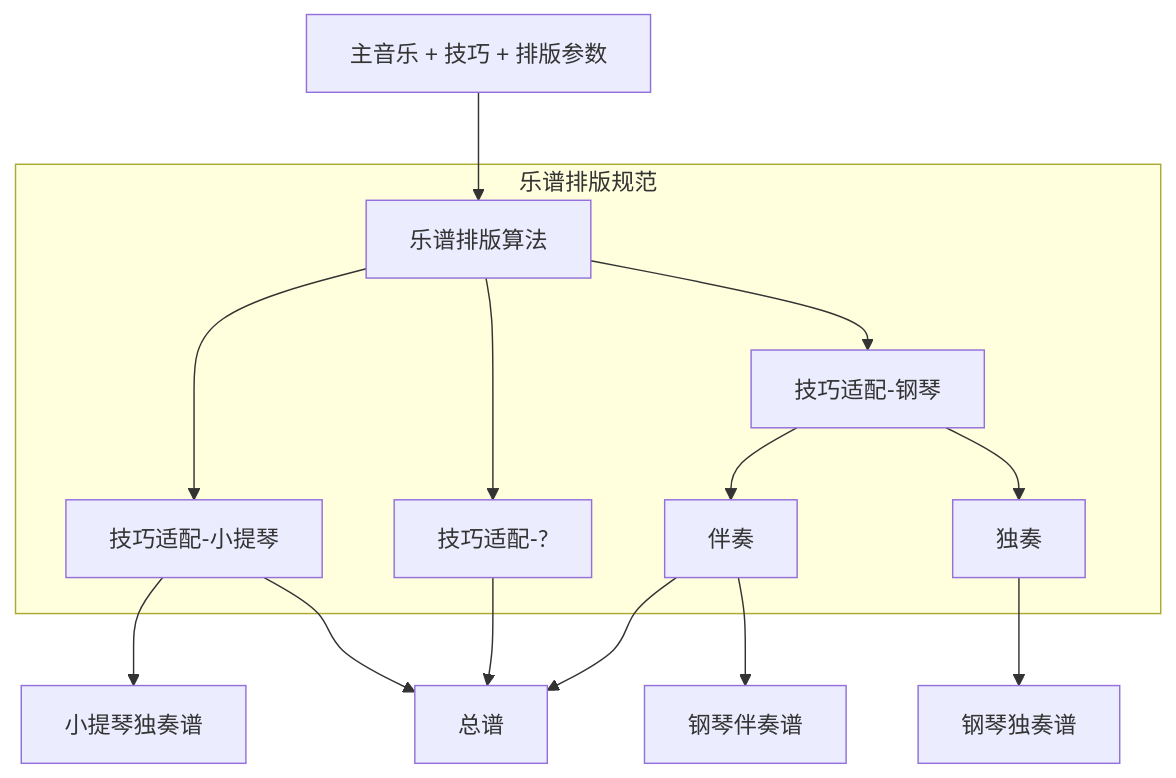
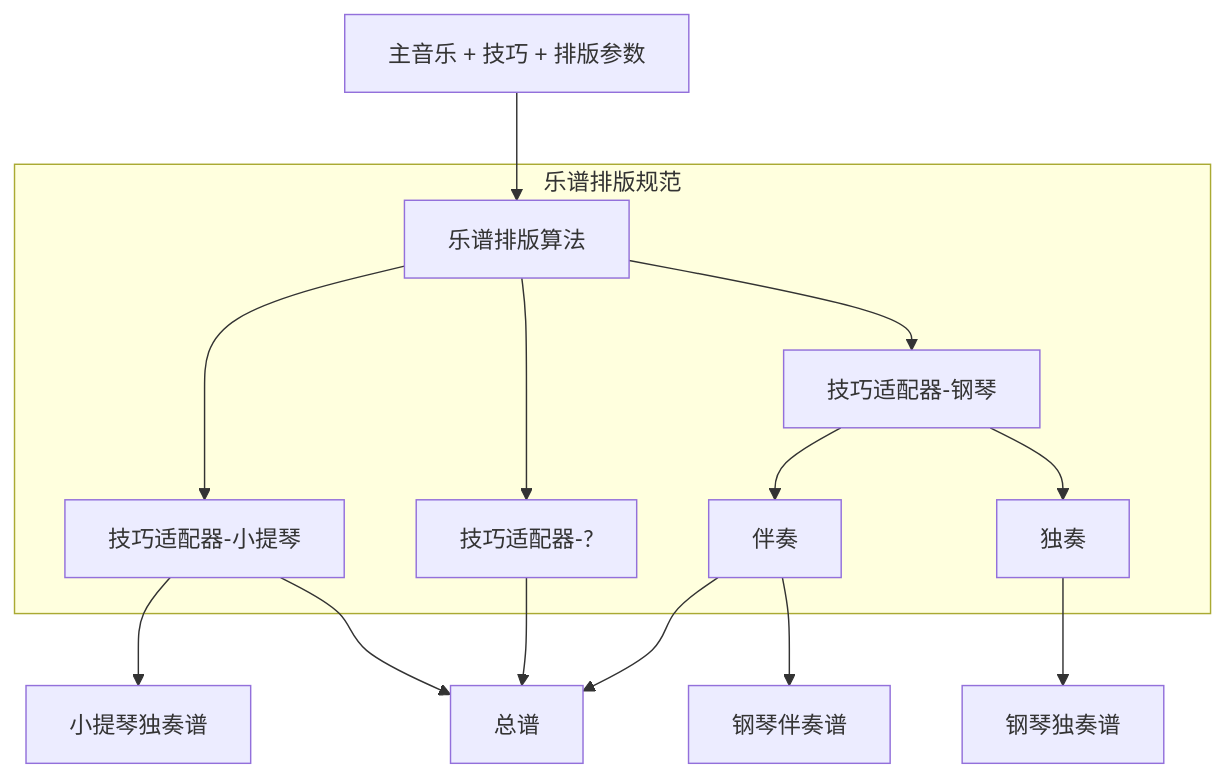
One commit to PabulumExpress/music-notation-specification changed the diagram in docs/README.md. Above: the diagram before and after it, drawn with Mermaid. The commit also changed other lines of this file, not shown here.

````diff
--- a/docs/README.md
+++ b/docs/README.md
@@ -40,17 +40,17 @@
 ```mermaid
 graph TD;
   A[主音乐 + 技巧 + 排版参数]-->B[乐谱排版算法]
   subgraph 乐谱排版规范
-  B-->C[技巧适配-小提琴]
-  B-->D[技巧适配-钢琴]
+  B-->C[技巧适配器-小提琴]
+  B-->D[技巧适配器-钢琴]
   D-->D2[伴奏]
   D-->D1[独奏]
-  B-->X[技巧适配-?]
+  B-->X[技巧适配器-?]
   end
   C-->G[小提琴独奏谱]
   D1-->I[钢琴独奏谱]
   D2-->N[钢琴伴奏谱]
   C-->E[总谱]
   X-->E
   D2-->E
 ```
````
